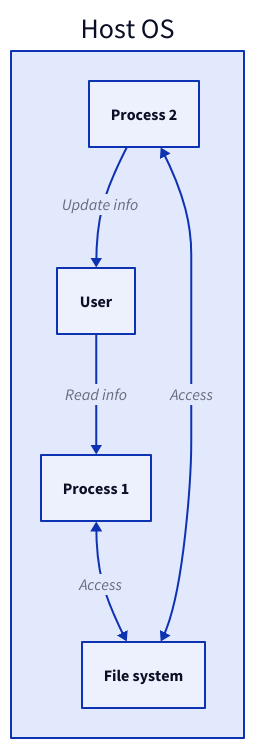
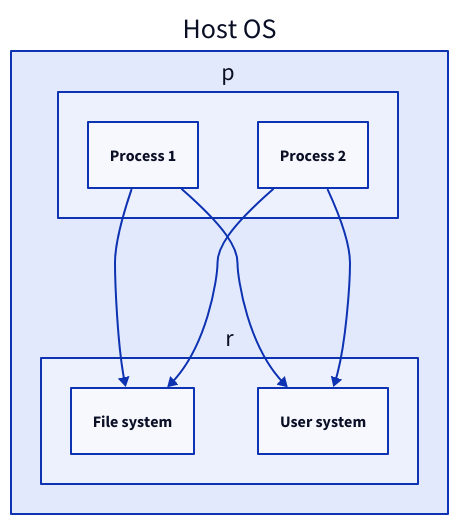
The second of 26 diagrams in content/docs/system-administration/system-deployment/containerization.md (link1905/system-design-101), drawn with D2 before and after one commit. The commit also changed other lines of this file and 21 other files, not shown here.

````diff
--- a/content/docs/system-administration/system-deployment/containerization.md
+++ b/content/docs/system-administration/system-deployment/containerization.md
@@ -54,20 +57,26 @@
 ```d2
 m: Host OS {
-  f: File system {
-    class: resource
+  p {
+    class: none
+    p1: Process 1 {
+      class: process
+    }
+    p2: Process 2 {
+      class: process
+    }
   }
-  u1: User {
-    class: user
+  r {
+    class: none
+    f: File system {
+      class: file
+    }
+    u: User system {
+      class: client
+    }
   }
-  p1: Process 1 {
-    class: process
-  }
-  p2: Process 2 {
-    class: process
-  }
-  p1 <-> f: Access
-  p2 <-> f: Access
-  p1 <- u1: Read info
-  p2 -> u1: Update info
+  p.p1 -> r.f
+  p.p2 -> r.f
+  p.p1 -> r.u
+  p.p2 -> r.u
 }
 ```
````
